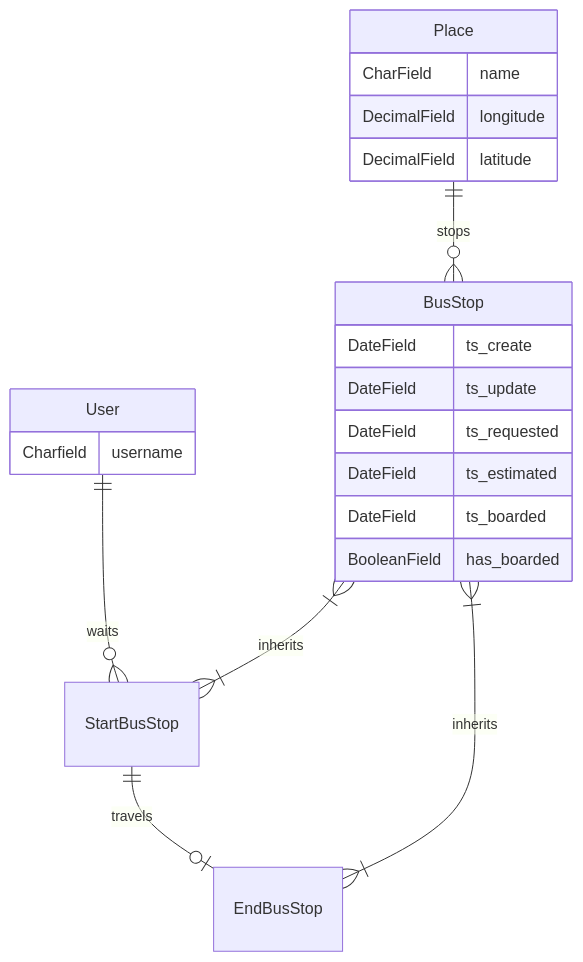
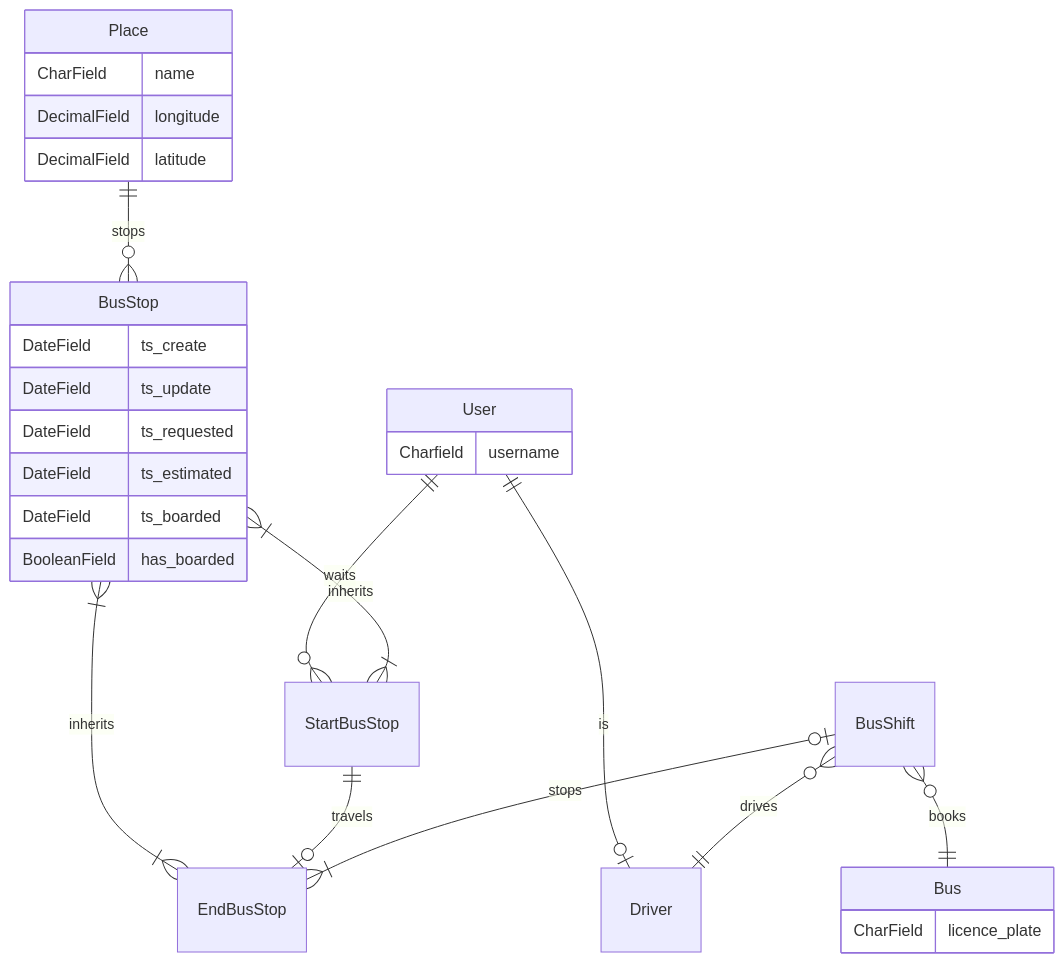
Before and after one commit to Optiways/django-test: the diagram in docs/DATAMODEL.md, drawn with Mermaid.

Commit message:
Updated Datamodel diagram

````diff
--- a/docs/DATAMODEL.md
+++ b/docs/DATAMODEL.md
@@ -3,28 +3,39 @@
 ```mermaid
 erDiagram
     User||--o{ StartBusStop: waits
+    User||--o| Driver: is
     User {
         Charfield username
+    }
+    Driver {
+    }
+    Bus {
+        CharField licence_plate
     }
     Place||--o{ BusStop: stops
     Place {
         CharField name
         DecimalField longitude
         DecimalField latitude
     }
     BusStop}|--|{ StartBusStop: inherits
     BusStop}|--|{ EndBusStop: inherits
     BusStop{
         DateField ts_create
         DateField ts_update
         DateField ts_requested
         DateField ts_estimated
         DateField ts_boarded
         BooleanField has_boarded
     }
     StartBusStop||--o| EndBusStop: travels
     StartBusStop {
     }
     EndBusStop {
     }
+    BusShift}o--|| Driver: drives
+    BusShift}o--|| Bus: books
+    BusShift|o--|{ EndBusStop: stops
+    BusShift {
+    }
 ```
````
